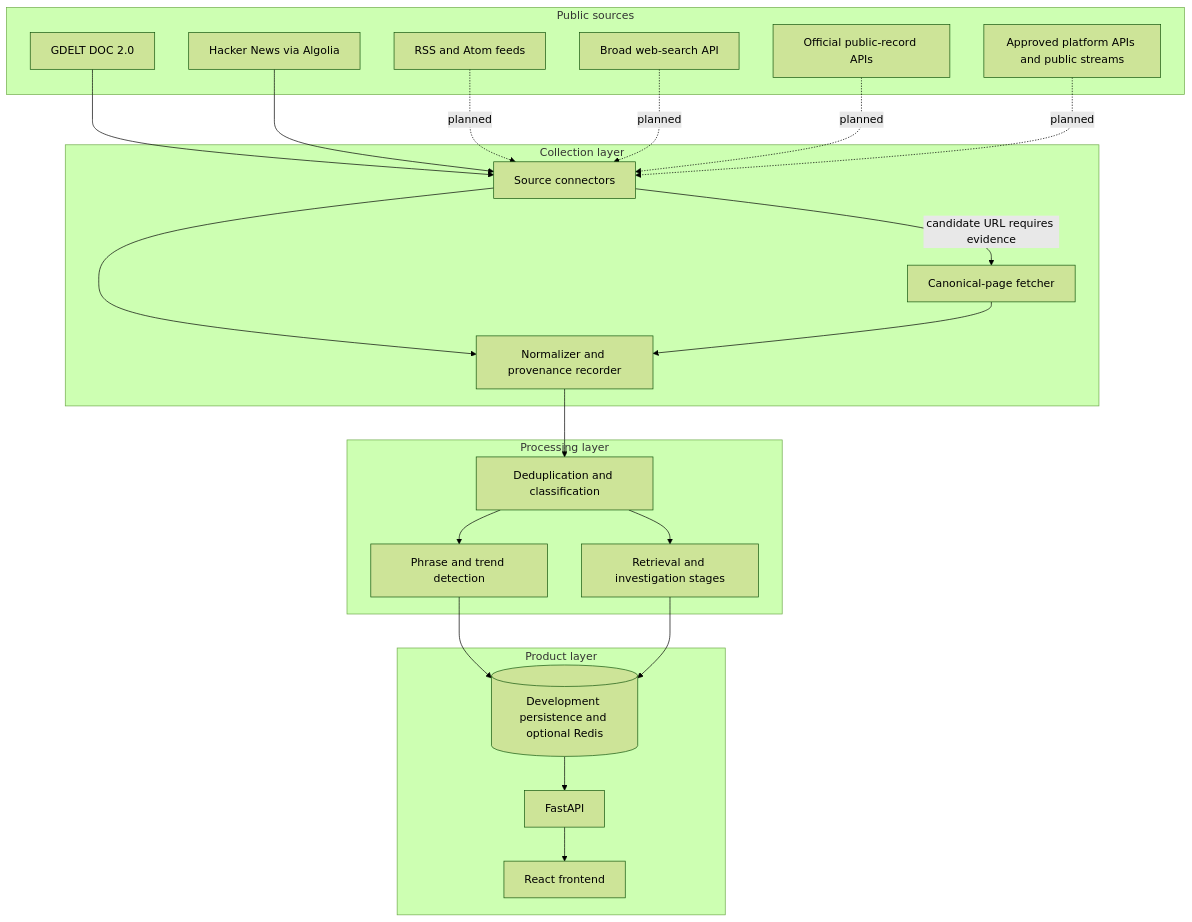
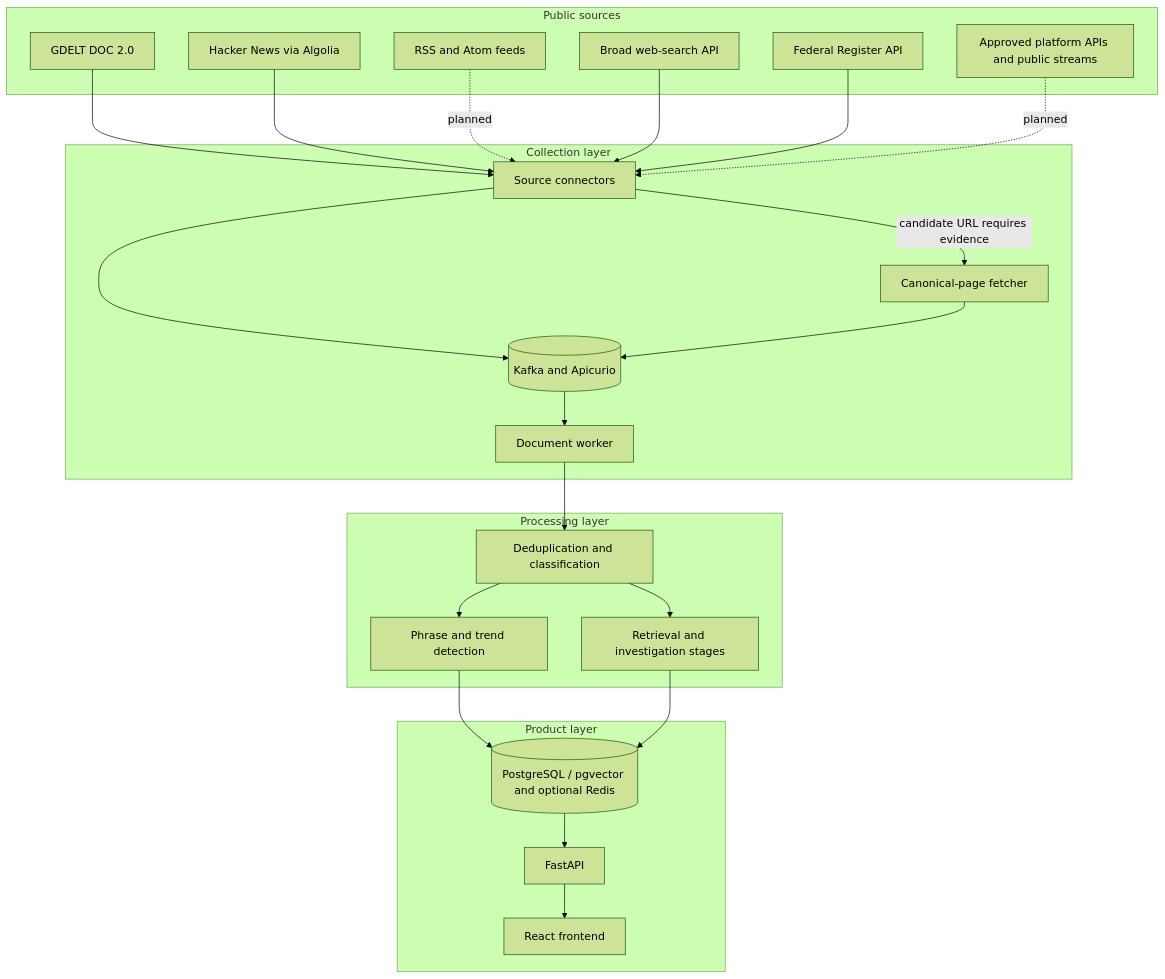
The first of 3 diagrams in docs/ARCHITECTURE.md (mnihad000/rhetoriq), drawn with Mermaid (forest theme) before and after one commit. The commit also changed other lines of this file and 14 other files, not shown here.

````diff
--- a/docs/ARCHITECTURE.md
+++ b/docs/ARCHITECTURE.md
@@ -49,46 +48,48 @@
 ```mermaid
 flowchart TD
     subgraph Sources[Public sources]
       G[GDELT DOC 2.0]
       H[Hacker News via Algolia]
       R[RSS and Atom feeds]
       W[Broad web-search API]
-      O[Official public-record APIs]
+      O[Federal Register API]
       P[Approved platform APIs and public streams]
     end
 
     subgraph Collection[Collection layer]
       C[Source connectors]
       F[Canonical-page fetcher]
-      N[Normalizer and provenance recorder]
+      K[(Kafka and Apicurio)]
+      N[Document worker]
     end
 
     subgraph Processing[Processing layer]
       D[Deduplication and classification]
       T[Phrase and trend detection]
       V[Retrieval and investigation stages]
     end
 
     subgraph Product[Product layer]
-      S[(Development persistence and optional Redis)]
+      S[(PostgreSQL / pgvector and optional Redis)]
       A[FastAPI]
       U[React frontend]
     end
 
     G --> C
     H --> C
     R -. planned .-> C
-    W -. planned .-> C
-    O -. planned .-> C
+    W --> C
+    O --> C
     P -. planned .-> C
-    C --> N
+    C --> K
     C -->|candidate URL requires evidence| F
-    F --> N
+    F --> K
+    K --> N
     N --> D
     D --> T
     D --> V
     T --> S
     V --> S
     S --> A
     A --> U
 ```
````
